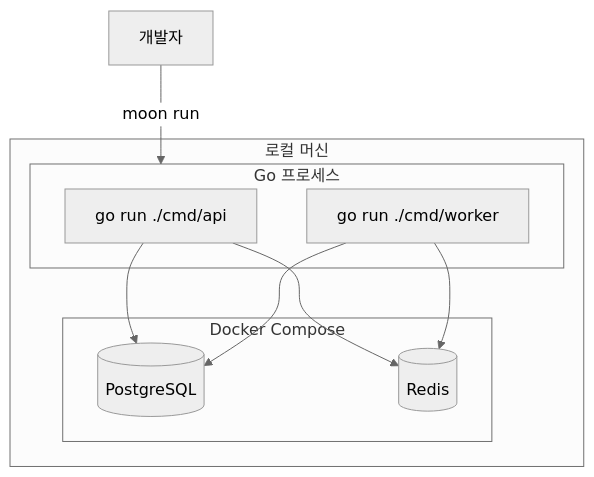
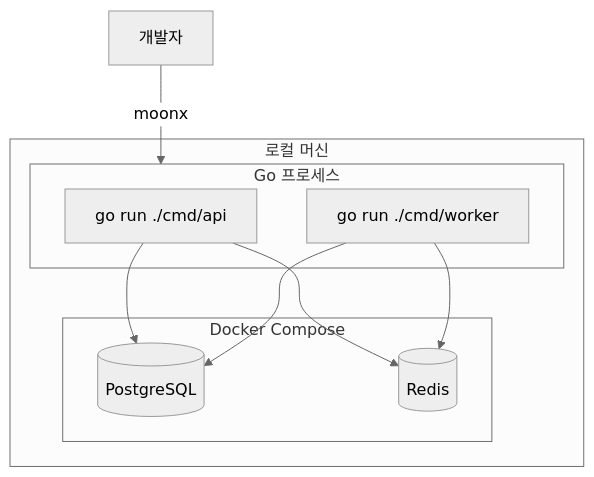
The second of 6 diagrams in docs/development/01-architecture.md (coldzero94/mindhit), drawn with Mermaid (neutral theme) before and after one commit. The commit also changed other lines of this file and 22 other files, not shown here.

Commit message:
update architecture and directory tree

````diff
--- a/docs/development/01-architecture.md
+++ b/docs/development/01-architecture.md
@@ -77,20 +75,20 @@
 ```mermaid
 flowchart TB
   subgraph Local["로컬 머신"]
     subgraph Go["Go 프로세스"]
       API[go run ./cmd/api]
       WORKER[go run ./cmd/worker]
     end
 
     subgraph Docker["Docker Compose"]
       PG[(PostgreSQL)]
       REDIS[(Redis)]
     end
   end
 
-  DEV[개발자] -->|moon run| Go
+  DEV[개발자] -->|moonx| Go
   API --> PG
   API --> REDIS
   WORKER --> PG
   WORKER --> REDIS
 ```
````
